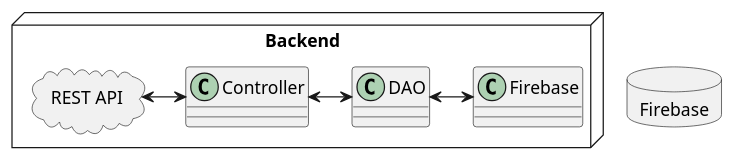
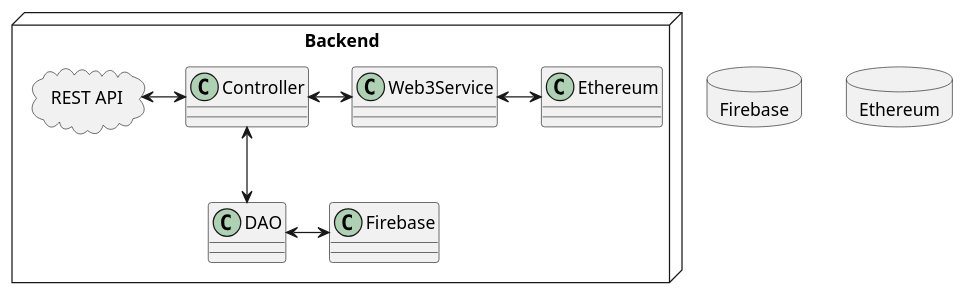
The diagram in docs/puml/backend_scheme.puml (tark-industries/exchange-smart-contract), drawn with PlantUML before and after one commit.

```diff
--- a/docs/puml/backend_scheme.puml
+++ b/docs/puml/backend_scheme.puml
@@ -1,20 +1,25 @@
 @startuml
 
 node Backend {
 
     cloud "REST API" {
 
     }
 
     "REST API" <-> Controller
     DAO <-> Firebase
-    Controller <-> DAO
+    Controller <--> DAO
+    Controller <-> Web3Service
+    Web3Service <-> Ethereum
 
 }
 
 
     database Firebase {
     }
 
+    database Ethereum {
+    }
+
 
 @enduml
```
